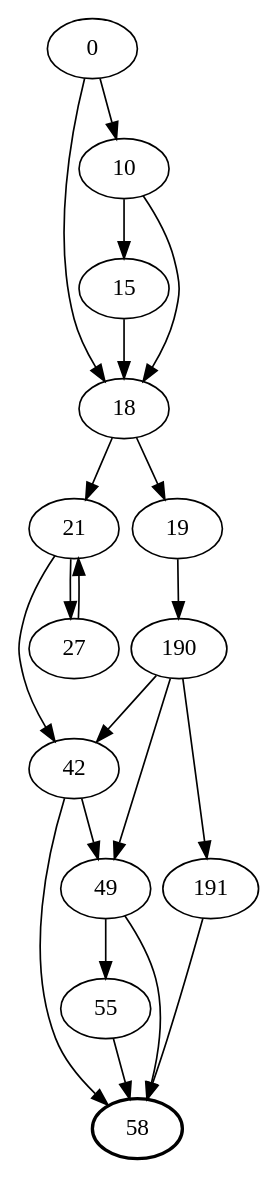
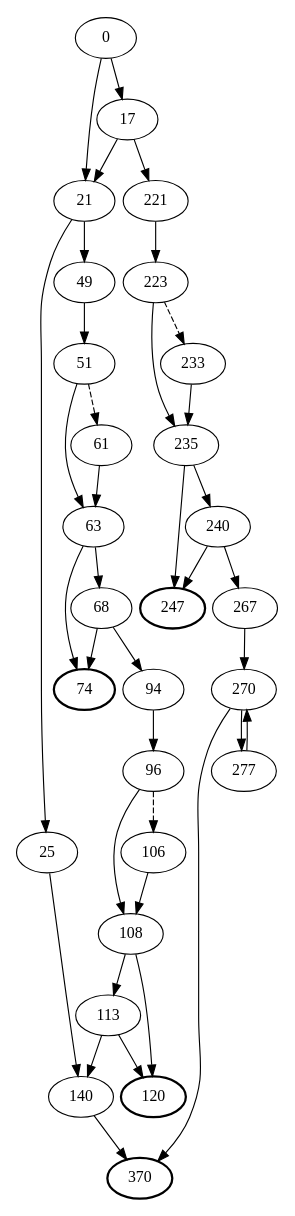
Before and after one commit to gabriellimoni/vv-e-t-mc-cabe-paths: the diagram in src/assets/example.dot, drawn with Graphviz. The commit also changed 4 other files, not shown here.

```diff
--- a/src/assets/example.dot
+++ b/src/assets/example.dot
@@ -1,20 +1,36 @@
-digraph firstOfMonth
+digraph main
 {
 	size="7.5,10"; 
 	ratio=auto;
 	nodesep=0.1;
-	0 -> { 10; 18; };
-	10 -> { 15; 18; };
-	15 -> { 18; };
-	18 -> { 21; };
-	18 -> { 19; };
-	19 -> { 190; };
-	190 -> { 42; 49; 191; };
-	191 -> { 58; };
-	21 -> { 27; 42; };
-	27 -> { 21; };
-	42 -> { 49; 58; };
-	49 -> { 55; 58; };
-	55 -> { 58; };
-	58 [style=bold];
+	0 -> { 17; 21; };
+	17 -> { 21; 221; };
+	21 -> { 25; 49; };
+	25 -> { 140; };
+	140 -> { 370; };
+	370 [style=bold];
+	49 -> { 51; };
+	51 -> { 63; };
+	51 -> { 61; }[style=dashed];
+	63 -> { 68; 74; };
+	68 -> { 74; 94; };
+	74 [style=bold];
+	94 -> { 96; };
+	96 -> { 108; };
+	96 -> { 106; }[style=dashed];
+	108 -> { 113; 120; };
+	113 -> { 120; 140; };
+	120 [style=bold];
+	106 -> { 108; };
+	61 -> { 63; };
+	221 -> { 223; };
+	223 -> { 235; };
+	223 -> { 233; }[style=dashed];
+	235 -> { 240; 247; };
+	240 -> { 247; 267; };
+	247 [style=bold];
+	267 -> { 270; };
+	270 -> { 277; 370; };
+	277 -> { 270; };
+	233 -> { 235; };
 }
```
